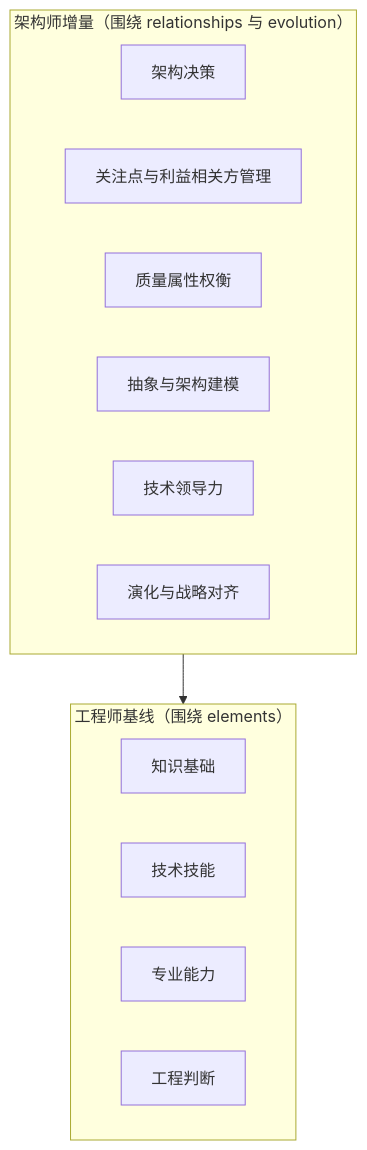
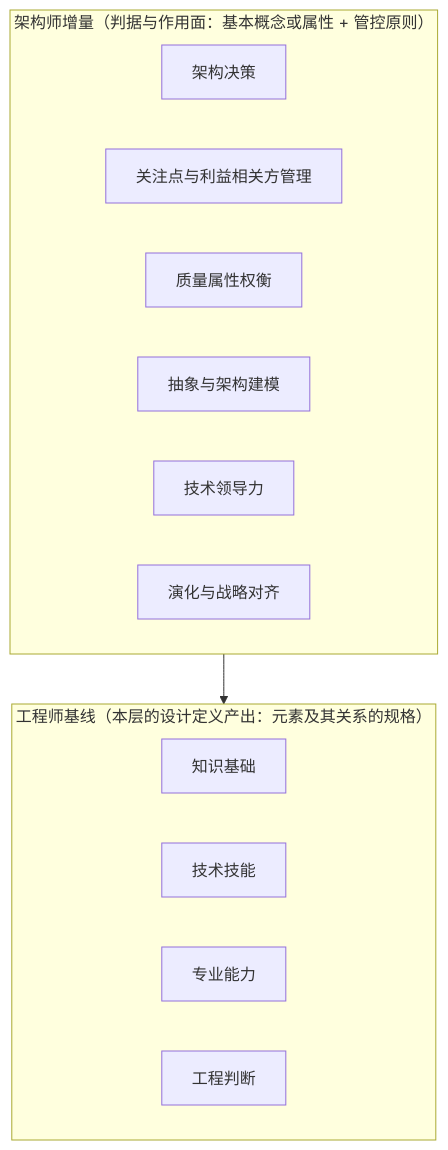
Before and after one commit to Yongjunzhou/AOS-system-design: the fourth of 13 diagrams in 100-subprojects/01-系统工程研究/00-系统工程相关研究报告/12-工程师与架构师能力研究报告-从工程师到CTO.md, drawn with Mermaid. The commit also changed other lines of this file and 177 other files, not shown here.

````diff
--- a/100-subprojects/01-系统工程研究/00-系统工程相关研究报告/12-工程师与架构师能力研究报告-从工程师到CTO.md
+++ b/100-subprojects/01-系统工程研究/00-系统工程相关研究报告/12-工程师与架构师能力研究报告-从工程师到CTO.md
@@ -209,10 +211,10 @@
 ```mermaid
 flowchart TD
-    subgraph ADD["架构师增量（围绕 relationships 与 evolution）"]
+    subgraph ADD["架构师增量（判据与作用面：基本概念或属性 + 管控原则）"]
         A1["架构决策"] & A2["关注点与利益相关方管理"] & A3["质量属性权衡"] & A4["抽象与架构建模"] & A5["技术领导力"] & A6["演化与战略对齐"]
     end
-    subgraph BASE["工程师基线（围绕 elements）"]
+    subgraph BASE["工程师基线（本层的设计定义产出：元素及其关系的规格）"]
         K["知识基础"] & TS["技术技能"] & PA["专业能力"] & J["工程判断"]
     end
     ADD --> BASE
 ```
````
